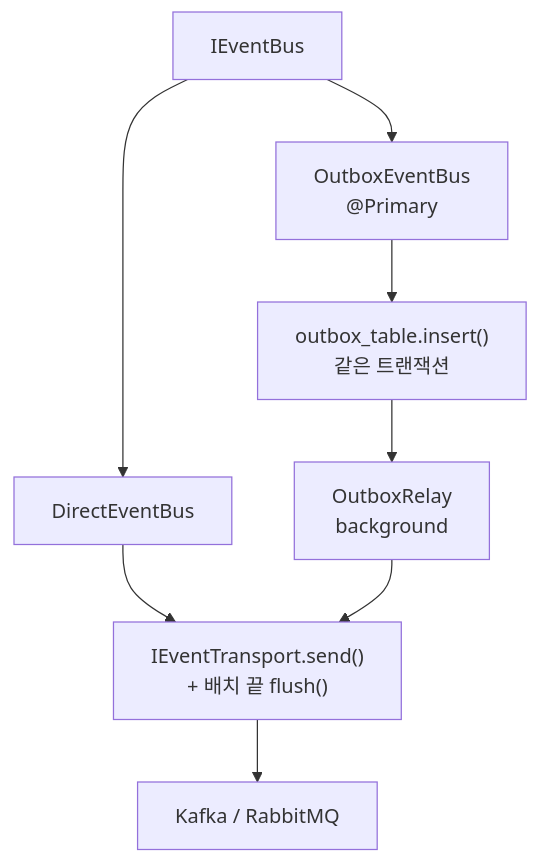
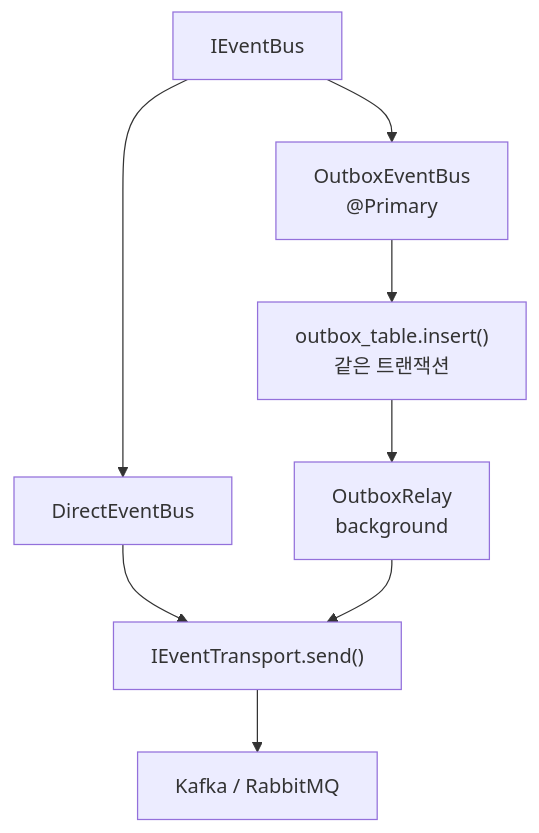
Before and after one commit to E5presso/spakky-framework: the ninth of 12 diagrams in ARCHITECTURE.md, drawn with Mermaid. The commit also changed other lines of this file and 15 other files, not shown here.

````diff
--- a/ARCHITECTURE.md
+++ b/ARCHITECTURE.md
@@ -939,18 +939,18 @@
 ```mermaid
 flowchart TD
     event_bus["IEventBus"]
     direct["DirectEventBus"]
     outbox_bus["OutboxEventBus<br/>@Primary"]
     table["outbox_table.insert()<br/>같은 트랜잭션"]
     relay["OutboxRelay<br/>background"]
-    transport["IEventTransport.send()<br/>+ 배치 끝 flush()"]
+    transport["IEventTransport.send()"]
     broker["Kafka / RabbitMQ"]
 
     event_bus --> direct
     direct --> transport
     transport --> broker
     event_bus --> outbox_bus
     outbox_bus --> table
     table --> relay
     relay --> transport
 ```
````
